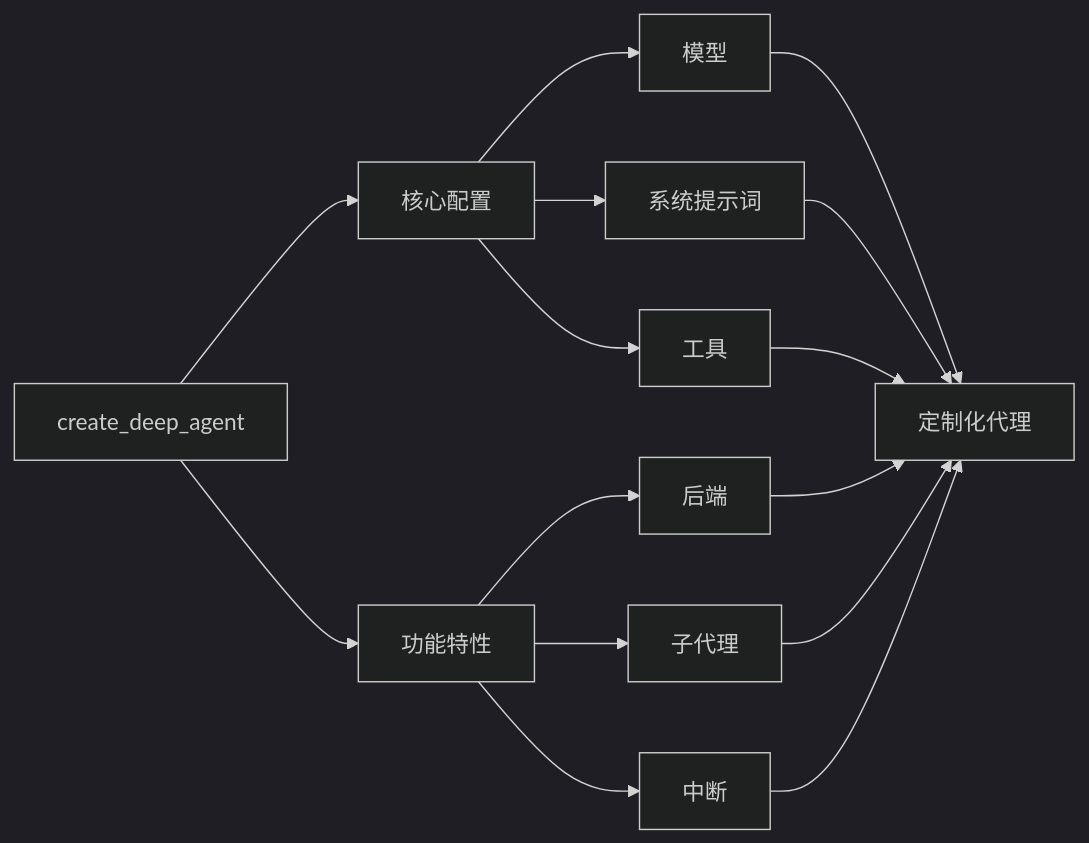
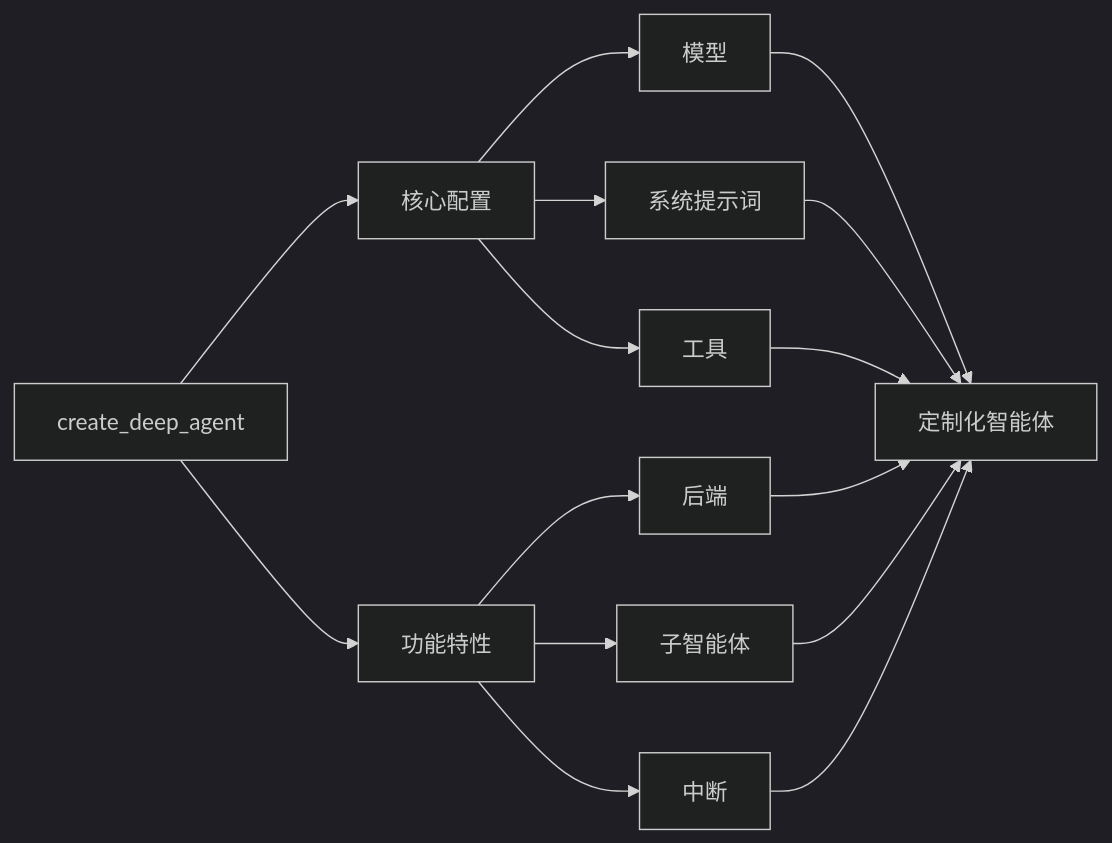
The diagram in docs/oss/javascript/deepagents/customization.md (happyphper/langchain-docs-cn), drawn with Mermaid (dark theme) before and after one commit. The commit also changed other lines of this file and 2294 other files, not shown here.

````diff
--- a/docs/oss/javascript/deepagents/customization.md
+++ b/docs/oss/javascript/deepagents/customization.md
@@ -6,20 +6,20 @@
 ```mermaid
 graph LR
     Create[create_deep_agent] --> Core[核心配置]
     Create --> Features[功能特性]
 
     Core --> Model[模型]
     Core --> Prompt[系统提示词]
     Core --> Tools[工具]
 
     Features --> Backend[后端]
-    Features --> Sub[子代理]
+    Features --> Sub[子智能体]
     Features --> Interrupt[中断]
 
-    Model --> Agent[定制化代理]
+    Model --> Agent[定制化智能体]
     Prompt --> Agent
     Tools --> Agent
     Backend --> Agent
     Sub --> Agent
     Interrupt --> Agent
 ```
````
